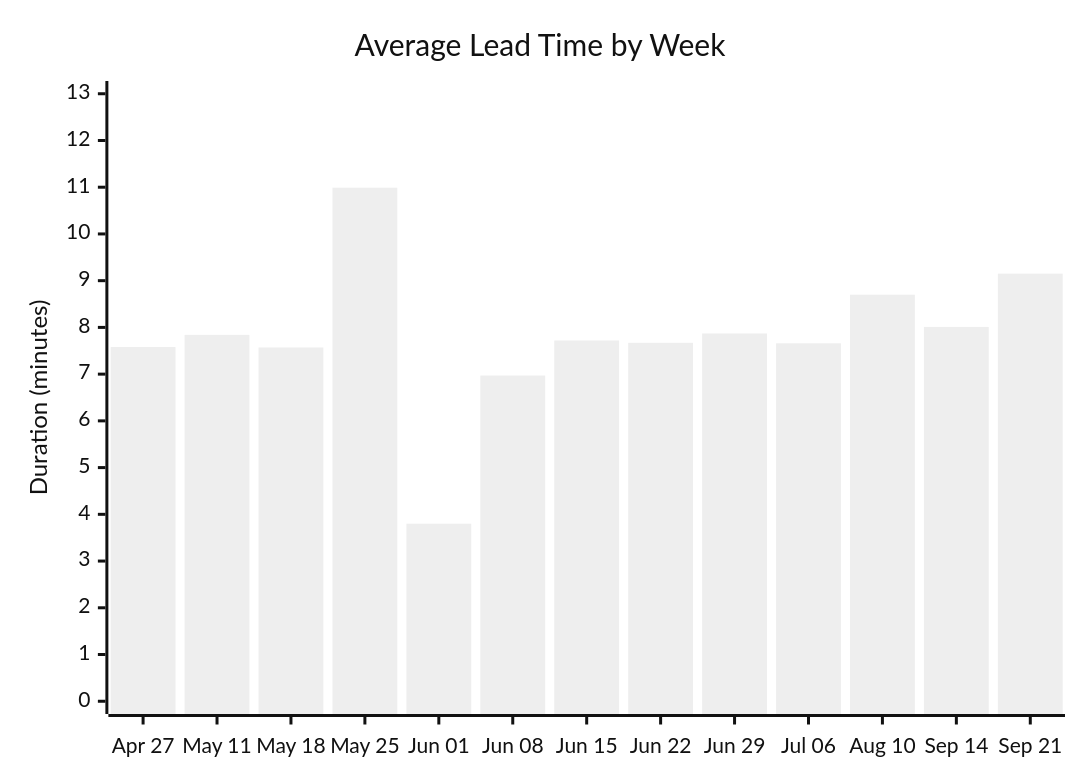
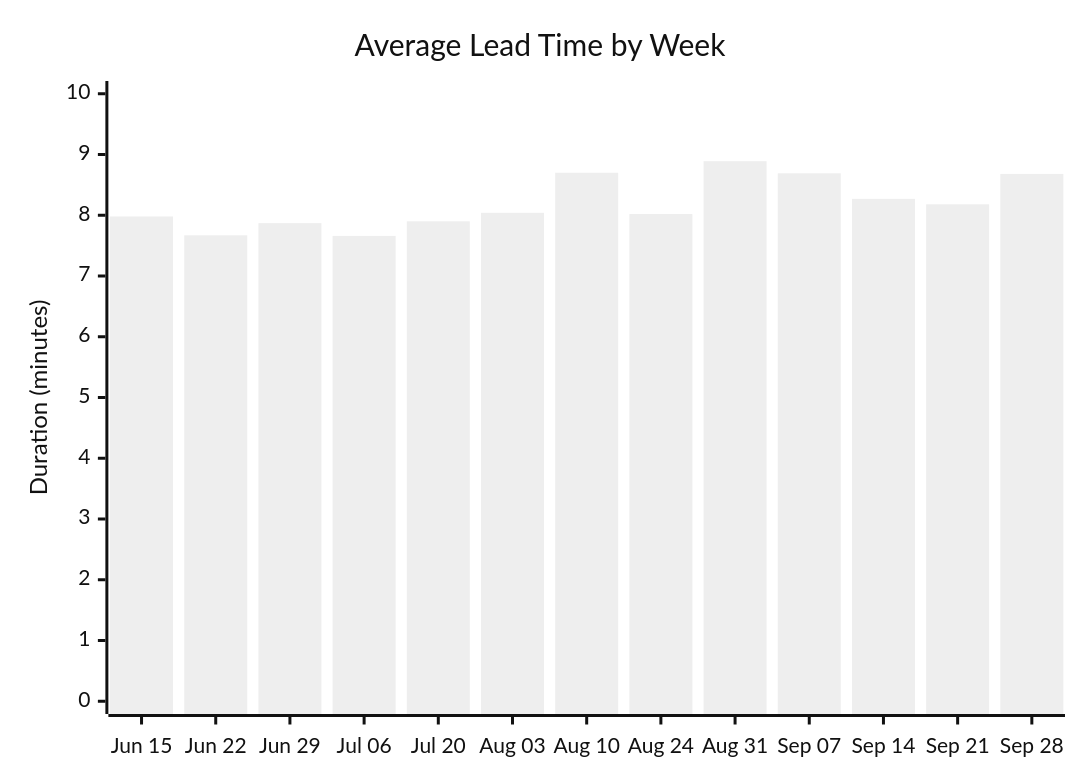
One commit to ukma-cs-ssdm-2025/rate-ukma changed the second of 4 diagrams in docs/ci-cd/dora-summary.md. Above: the diagram before and after it, drawn with Mermaid (neutral theme). The commit also changed other lines of this file, not shown here.

````diff
--- a/docs/ci-cd/dora-summary.md
+++ b/docs/ci-cd/dora-summary.md
@@ -29,7 +29,7 @@
 ```mermaid
 xychart-beta
     title "Average Lead Time by Week"
-    x-axis ["Apr 27", "May 11", "May 18", "May 25", "Jun 01", "Jun 08", "Jun 15", "Jun 22", "Jun 29", "Jul 06", "Aug 10", "Sep 14", "Sep 21"]
-    y-axis "Duration (minutes)" 0 --> 13
-    bar [7.58, 7.84, 7.57, 10.99, 3.80, 6.97, 7.72, 7.67, 7.87, 7.66, 8.70, 8.01, 9.15]
+    x-axis ["Jun 15", "Jun 22", "Jun 29", "Jul 06", "Jul 20", "Aug 03", "Aug 10", "Aug 24", "Aug 31", "Sep 07", "Sep 14", "Sep 21", "Sep 28"]
+    y-axis "Duration (minutes)" 0 --> 10
+    bar [7.98, 7.67, 7.87, 7.66, 7.90, 8.04, 8.70, 8.02, 8.89, 8.69, 8.27, 8.18, 8.68]
 ```
````
